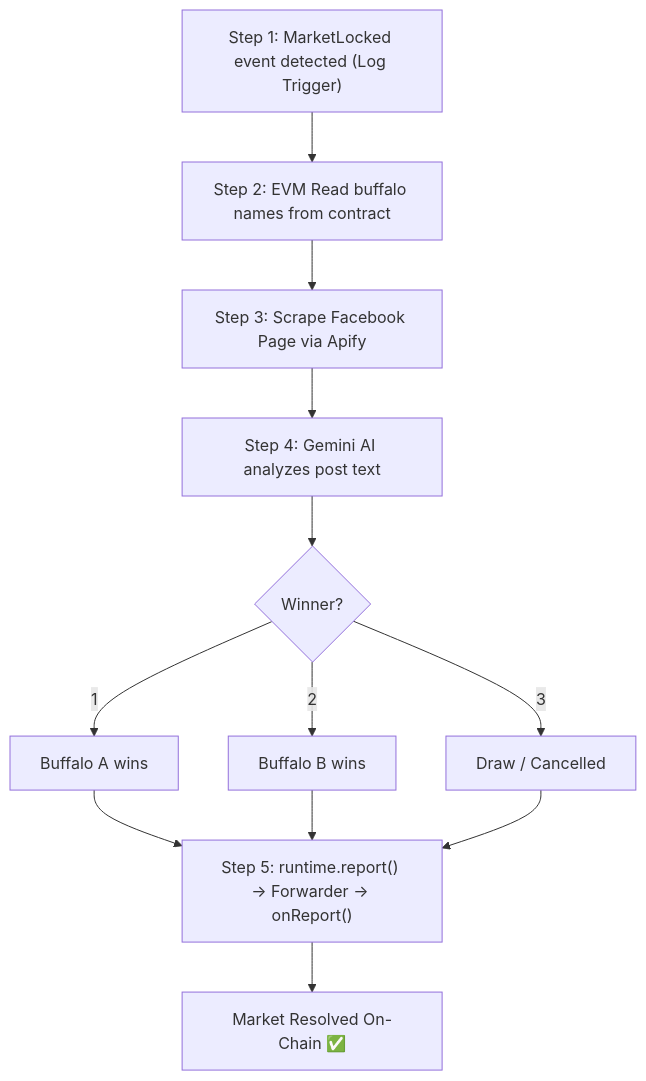
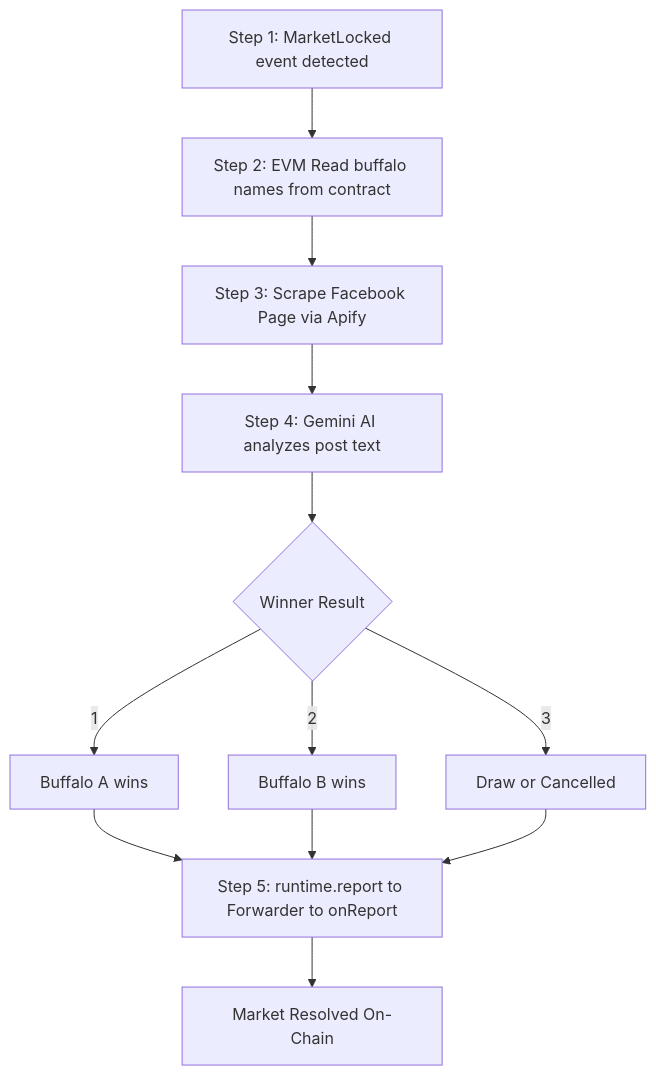
One commit to yeheskieltame/TedongSilaga changed the diagram in cre-workflow/tedong-workflow/README.md. Above: the diagram before and after it, drawn with Mermaid. The commit also changed other lines of this file and 6 other files, not shown here.

````diff
--- a/cre-workflow/tedong-workflow/README.md
+++ b/cre-workflow/tedong-workflow/README.md
@@ -28,14 +29,14 @@
 ```mermaid
 flowchart TD
-    A["Step 1: MarketLocked event detected (Log Trigger)"] --> B["Step 2: EVM Read buffalo names from contract"]
+    A["Step 1: MarketLocked event detected"] --> B["Step 2: EVM Read buffalo names from contract"]
     B --> C["Step 3: Scrape Facebook Page via Apify"]
     C --> D["Step 4: Gemini AI analyzes post text"]
-    D --> E{"Winner?"}
+    D --> E{"Winner Result"}
     E -->|1| F["Buffalo A wins"]
     E -->|2| G["Buffalo B wins"]
-    E -->|3| H["Draw / Cancelled"]
-    F --> I["Step 5: runtime.report() → Forwarder → onReport()"]
+    E -->|3| H["Draw or Cancelled"]
+    F --> I["Step 5: runtime.report to Forwarder to onReport"]
     G --> I
     H --> I
-    I --> J["Market Resolved On-Chain ✅"]
+    I --> J["Market Resolved On-Chain"]
 ```
````
